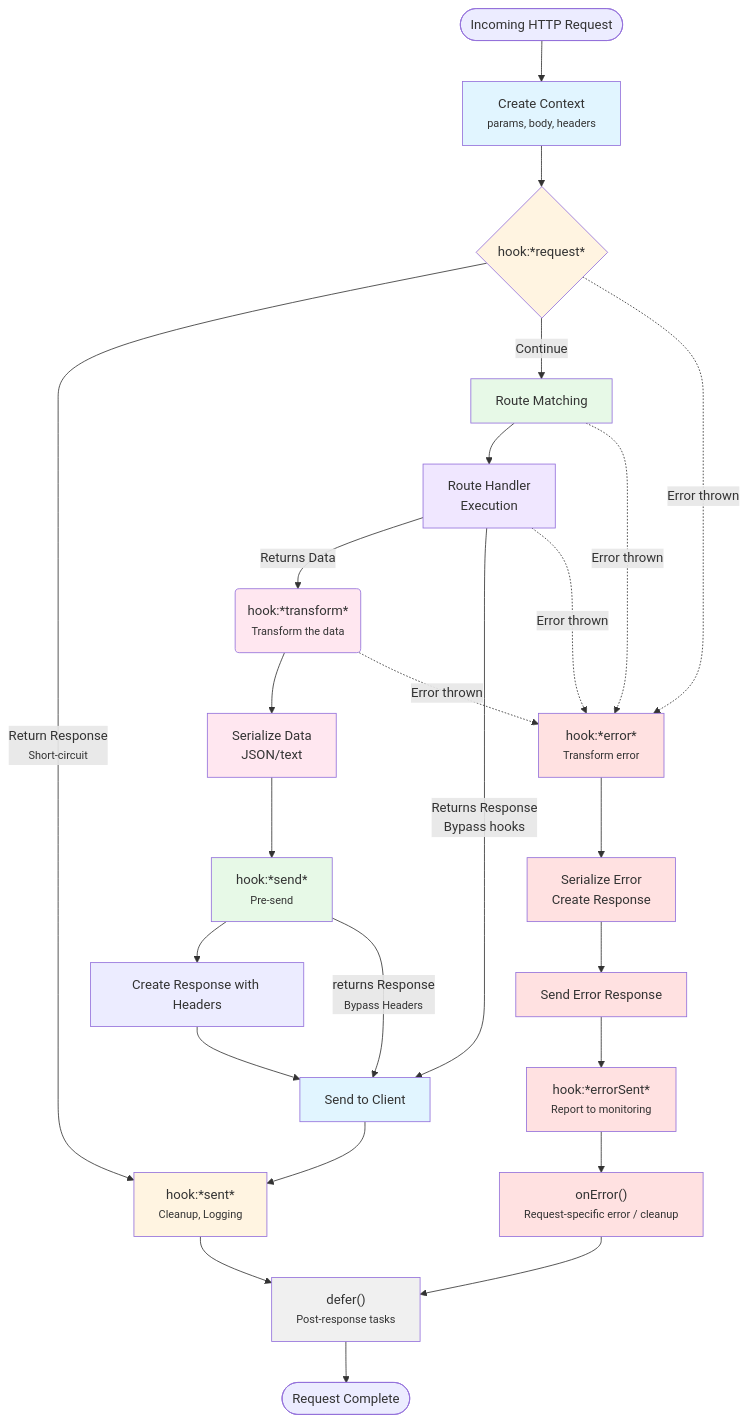
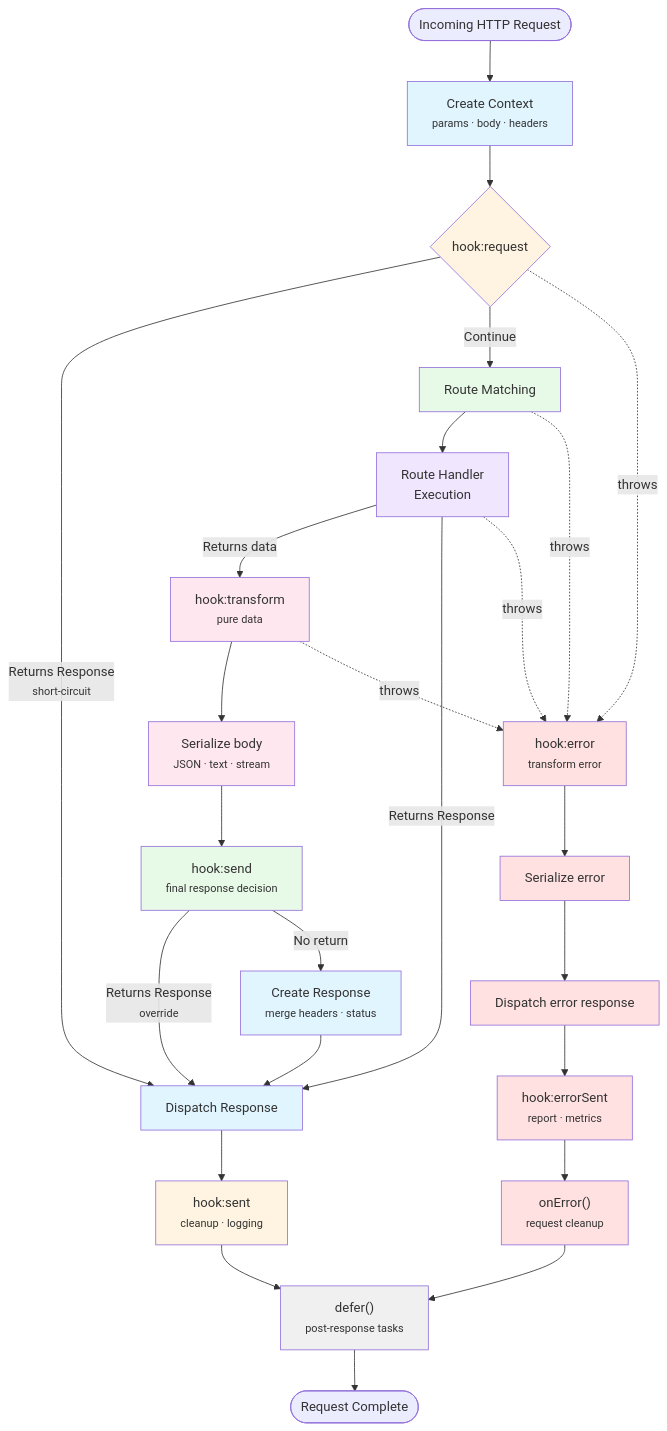
One commit to minima-js/minimajs changed the diagram in docs/core-concepts/diagrams/request-lifecycle.md. Above: the diagram before and after it, drawn with Mermaid. The commit also changed 1 other file, not shown here.

Commit message:
working on application architecture doc

````diff
--- a/docs/core-concepts/diagrams/request-lifecycle.md
+++ b/docs/core-concepts/diagrams/request-lifecycle.md
@@ -1,53 +1,61 @@
 ```mermaid
 graph TD
-    Start([Incoming HTTP Request]) --> CreateCtx[Create Context <br/> <small>params, body, headers</small>]
-    CreateCtx --> ReqHook{"hook:*request*"}
+    Start([Incoming HTTP Request])
+    Start --> CreateCtx["Create Context<br/><small>params · body · headers</small>"]
 
-    ReqHook --> |Return Response<br/><small>Short-circuit</small>| SentHook
-    ReqHook --> |Continue| RouteMatch[Route Matching]
+    CreateCtx --> ReqHook{"hook:request"}
 
-    RouteMatch --> Handler[Route Handler<br/>Execution]
+    ReqHook -->|Returns Response<br/><small>short-circuit</small>| FinalResponse
+    ReqHook -->|Continue| RouteMatch["Route Matching"]
 
-    Handler -->|Returns Data| Transform(hook:*transform*<br/><small>Transform the data</small>)
-    Handler -->|Returns Response<br/>Bypass hooks| SendResp
+    RouteMatch --> Handler["Route Handler<br/>Execution"]
 
-    Transform --> Serialize[Serialize Data<br/>JSON/text]
-    Serialize --> SendHook[hook:*send*<br/><small>Pre-send</small>]
+    Handler -->|Returns data| Transform["hook:transform<br/><small>pure data</small>"]
+    Handler -->|Returns Response| FinalResponse
 
-    CreateResp[Create Response with Headers] --> SendResp
+    Transform --> Serialize["Serialize body<br/><small>JSON · text · stream</small>"]
 
-    SendHook --> CreateResp
+    Serialize --> SendHook["hook:send<br/><small>final response decision</small>"]
 
-    SendHook --> |returns Response <br/> <small>Bypass Headers</small>| SendResp[Send to Client]
+    SendHook -->|Returns Response<br/><small>override</small>| FinalResponse
+    SendHook -->|No return| CreateResp["Create Response<br/><small>merge headers · status</small>"]
 
-    SendResp --> SentHook[hook:*sent*<br/><small>Cleanup, Logging</small>]
-    SentHook --> Defer["defer()"<br/><small>Post-response tasks</small>]
+    CreateResp --> FinalResponse["Dispatch Response"]
+
+    FinalResponse --> SentHook["hook:sent<br/><small>cleanup · logging</small>"]
+    SentHook --> Defer["defer()<br/><small>post-response tasks</small>"]
     Defer --> Complete([Request Complete])
 
-    %% Error Path
-    ReqHook -.->|Error thrown| ErrorHook
-    RouteMatch -.->|Error thrown| ErrorHook
-    Handler -.->|Error thrown| ErrorHook
-    Transform -.->|Error thrown| ErrorHook
+    %% Error Flow
+    ReqHook -.->|throws| ErrorHook
+    RouteMatch -.->|throws| ErrorHook
+    Handler -.->|throws| ErrorHook
+    Transform -.->|throws| ErrorHook
 
-    ErrorHook[hook:*error*<br/><small>Transform error</small>] --> SerializeErr[Serialize Error<br/>Create Response]
-    SerializeErr --> SendErr[Send Error Response]
-    SendErr --> ErrorSent[hook:*errorSent*<br/><small>Report to monitoring</small>]
-    ErrorSent --> OnError["onError()"<br/><small>Request-specific error / cleanup</small>] --> Defer
+    ErrorHook["hook:error<br/><small>transform error</small>"]
+        --> SerializeErr["Serialize error"]
+        --> DispatchErr["Dispatch error response"]
+        --> ErrorSent["hook:errorSent<br/><small>report · metrics</small>"]
+        --> OnError["onError()<br/><small>request cleanup</small>"]
+        --> Defer
 
+    %% Styling
     style CreateCtx fill:#e1f5ff
     style ReqHook fill:#fff4e1
     style RouteMatch fill:#e7f9e7
     style Handler fill:#f0e7ff
     style Transform fill:#ffe7f0
     style Serialize fill:#ffe7f0
     style SendHook fill:#e7f9e7
-    style SendResp fill:#e1f5ff
+    style CreateResp fill:#e1f5ff
+    style FinalResponse fill:#e1f5ff
     style SentHook fill:#fff4e1
     style Defer fill:#f0f0f0
+
     style ErrorHook fill:#ffe1e1
     style SerializeErr fill:#ffe1e1
-    style SendErr fill:#ffe1e1
+    style DispatchErr fill:#ffe1e1
     style ErrorSent fill:#ffe1e1
     style OnError fill:#ffe1e1
+
 ```
````
